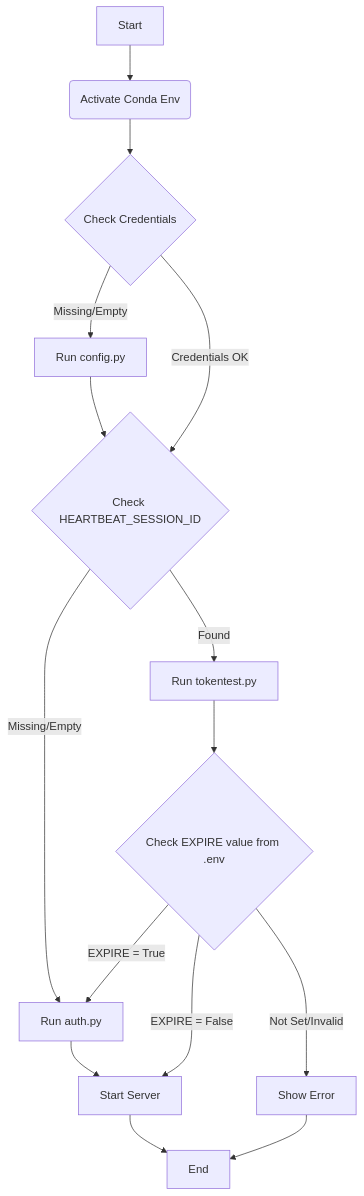
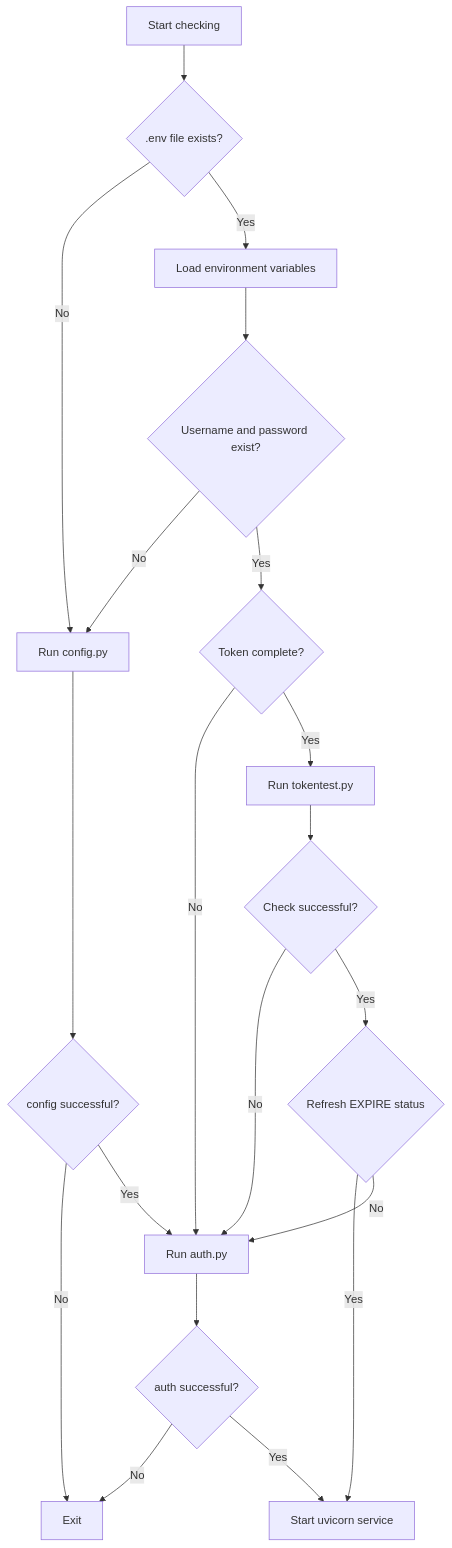
Before and after one commit to sealeelike/XIPUAI-to-openAI-compatible-API: the diagram in README.md, drawn with Mermaid. The commit also changed other lines of this file, not shown here.

````diff
--- a/README.md
+++ b/README.md
@@ -97,19 +97,29 @@
 ```mermaid
 flowchart TD
-    A[Start] --> B(Activate Conda Env);
-    B --> C{Check Credentials };
-    C -- Missing/Empty --> D[Run config.py];
-    D --> E{Check HEARTBEAT_SESSION_ID};
-    C -- Credentials OK --> E;
-
-    E -- Missing/Empty --> F[Run auth.py];
-    F --> G[Start Server];
-    G --> H[End];
-
-    E -- Found --> I[Run tokentest.py];
-    I --> J{Check EXPIRE value from .env};
-    J -- EXPIRE = True --> F;
-    J -- EXPIRE = False --> G;
-    J -- Not Set/Invalid --> K[Show Error];
-    K --> H;
+  A[Start checking] --> B{.env file exists?}
+  
+  B -->|No|C[Run config.py]
+  B -->|Yes|D[Load environment variables]
+  
+  D --> E{Username and password exist?}
+  E -->|No|C
+  E -->|Yes|F{Token complete?}
+  
+  F -->|No|G[Run auth.py]
+  F -->|Yes|H[Run tokentest.py]
+  
+  H --> I{Check successful?}
+  I -->|No|G
+  I -->|Yes|J{Refresh EXPIRE status}
+  
+  J -->|Yes|K[Start uvicorn service]
+  J -->|No|G
+  
+  C --> L{config successful?}
+  L -->|No|M[Exit]
+  L -->|Yes|G
+  
+  G --> N{auth successful?}
+  N -->|No|M
+  N -->|Yes|K
 ```
````
